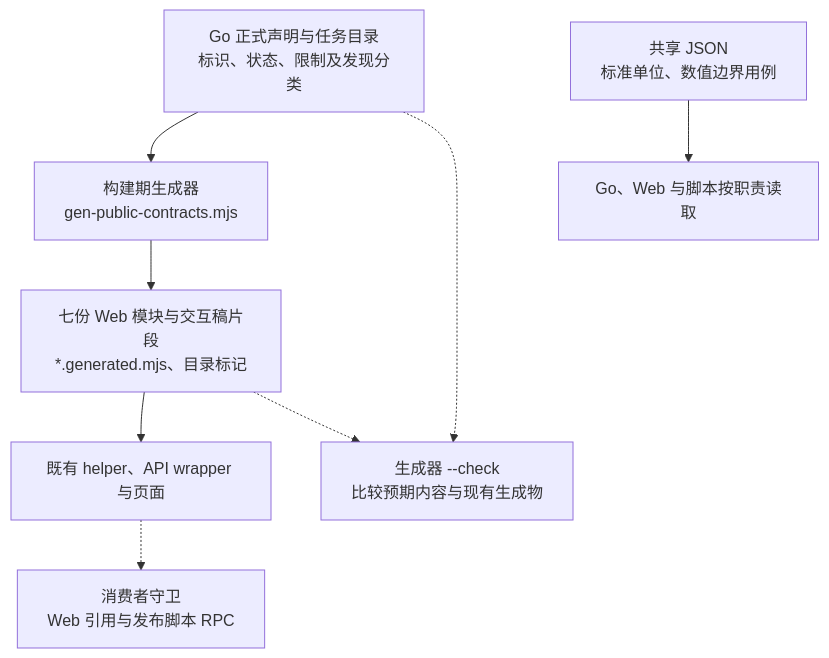
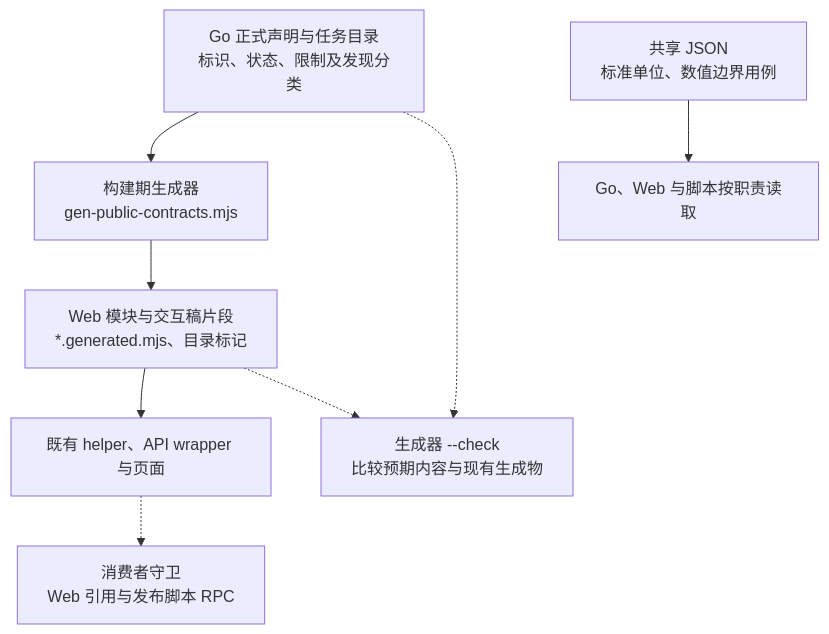
Before and after one commit to saurick/plush-toy-erp: the first of 2 diagrams in docs/engineering/跨层公共契约与生成规范.md, drawn with Mermaid. The commit also changed other lines of this file and 587 other files, not shown here.

````diff
--- a/docs/engineering/跨层公共契约与生成规范.md
+++ b/docs/engineering/跨层公共契约与生成规范.md
@@ -73,17 +77,17 @@
 ```mermaid
 flowchart TD
     source["Go 正式声明与任务目录<br/>标识、状态、限制及发现分类"]
     generator["构建期生成器<br/>gen-public-contracts.mjs"]
-    generated["七份 Web 模块与交互稿片段<br/>*.generated.mjs、目录标记"]
+    generated["Web 模块与交互稿片段<br/>*.generated.mjs、目录标记"]
     consumer["既有 helper、API wrapper 与页面"]
     data["共享 JSON<br/>标准单位、数值边界用例"]
     readers["Go、Web 与脚本按职责读取"]
     sync["生成器 --check<br/>比较预期内容与现有生成物"]
     references["消费者守卫<br/>Web 引用与发布脚本 RPC"]
 
     source --> generator --> generated --> consumer
     data --> readers
     source -.-> sync
     generated -.-> sync
     consumer -.-> references
 ```
````
